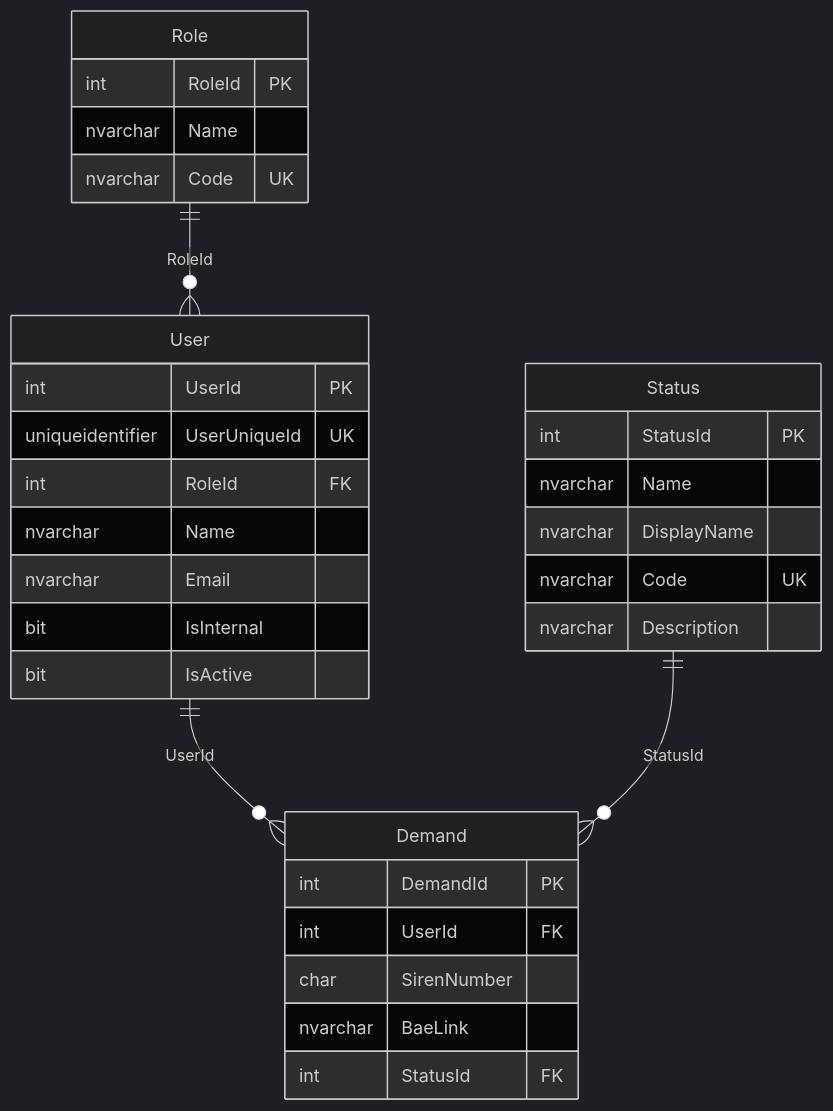
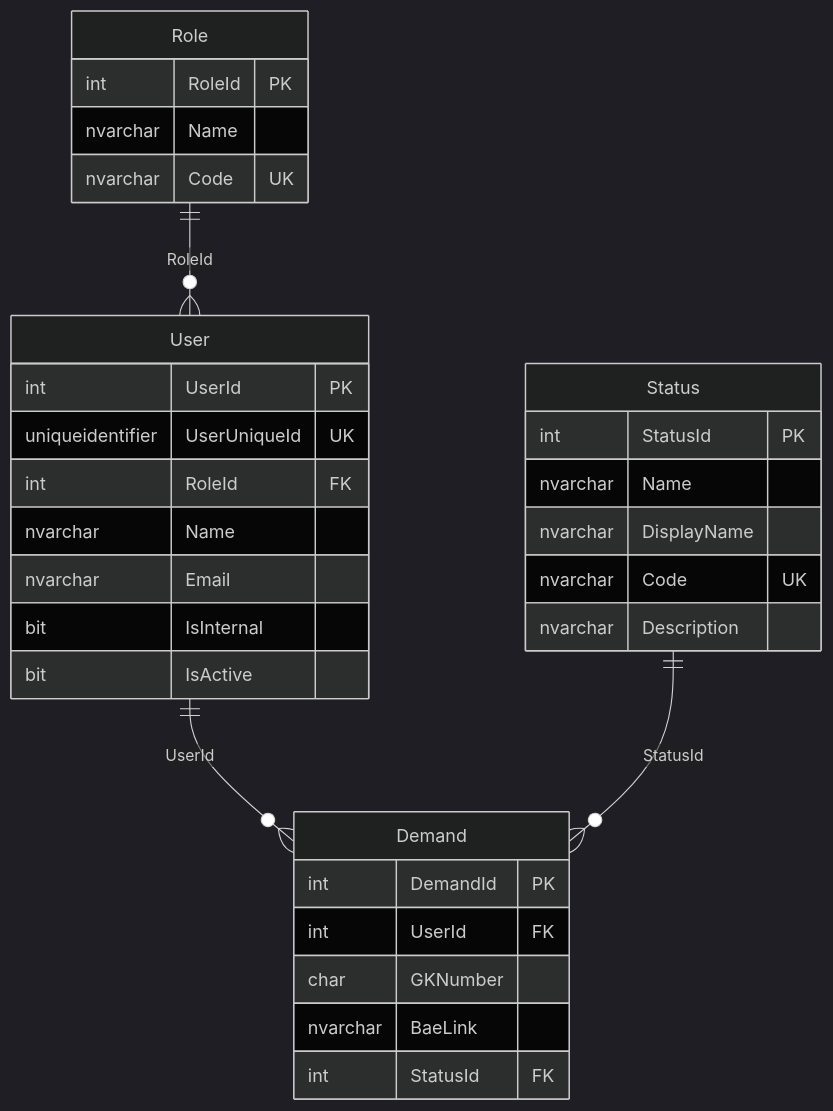
The second of 2 diagrams in docs/specs/SPECIFICATIONS.md (alex-talan/klesia-api), drawn with Mermaid (dark theme) before and after one commit. The commit also changed other lines of this file and 8 other files, not shown here.

````diff
--- a/docs/specs/SPECIFICATIONS.md
+++ b/docs/specs/SPECIFICATIONS.md
@@ -126,34 +126,34 @@
 ```mermaid
 erDiagram
     Role ||--o{ User : "RoleId"
     User ||--o{ Demand : "UserId"
     Status ||--o{ Demand : "StatusId"
     Role {
       int RoleId PK
       nvarchar Name
       nvarchar Code UK
     }
     User {
       int UserId PK
       uniqueidentifier UserUniqueId UK
       int RoleId FK
       nvarchar Name
       nvarchar Email
       bit IsInternal
       bit IsActive
     }
     Status {
       int StatusId PK
       nvarchar Name
       nvarchar DisplayName
       nvarchar Code UK
       nvarchar Description
     }
     Demand {
       int DemandId PK
       int UserId FK
-      char SirenNumber
+      char GKNumber
       nvarchar BaeLink
       int StatusId FK
     }
 ```
````
